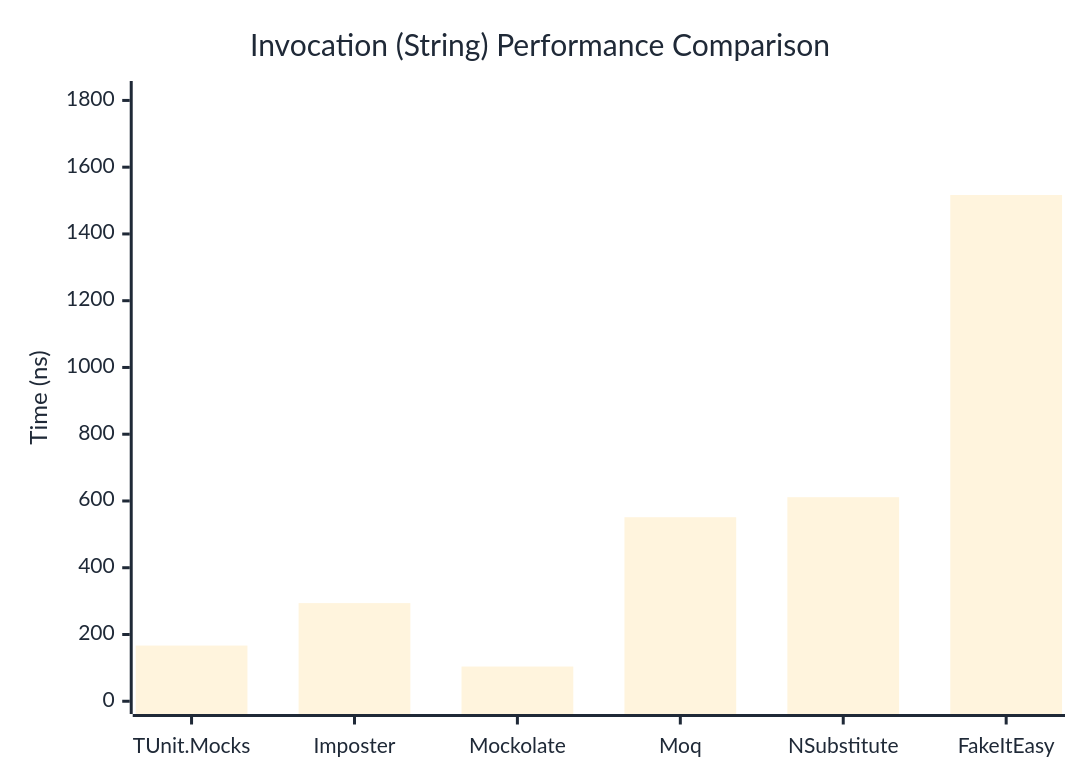
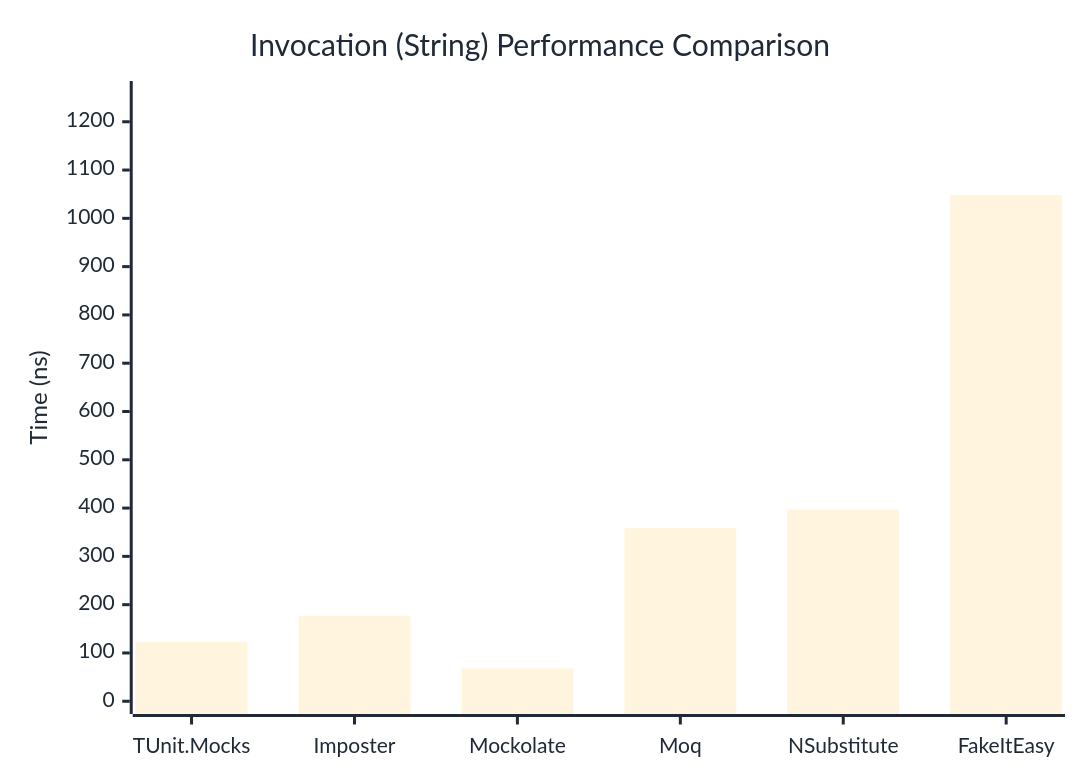
Before and after one commit to thomhurst/TUnit: the second of 3 diagrams in docs/docs/benchmarks/mocks/Invocation.md, drawn with Mermaid. The commit also changed other lines of this file and 14 other files, not shown here.

````diff
--- a/docs/docs/benchmarks/mocks/Invocation.md
+++ b/docs/docs/benchmarks/mocks/Invocation.md
@@ -71,27 +71,27 @@
 ```mermaid
 %%{init: {
   'theme':'base',
   'themeVariables': {
     'primaryColor': '#2563eb',
     'primaryTextColor': '#1f2937',
     'primaryBorderColor': '#1e40af',
     'lineColor': '#6b7280',
     'secondaryColor': '#7c3aed',
     'tertiaryColor': '#dc2626',
     'background': '#ffffff',
     'pie1': '#2563eb',
     'pie2': '#7c3aed',
     'pie3': '#dc2626',
     'pie4': '#f59e0b',
     'pie5': '#10b981',
     'pie6': '#06b6d4',
     'pie7': '#ec4899',
     'pie8': '#6366f1'
   }
 }}%%
 xychart-beta
   title "Invocation (String) Performance Comparison"
   x-axis ["TUnit.Mocks", "Imposter", "Mockolate", "Moq", "NSubstitute", "FakeItEasy"]
-  y-axis "Time (ns)" 0 --> 1820
-  bar [166.8, 294, 104, 551.3, 611.3, 1516.6]
+  y-axis "Time (ns)" 0 --> 1258
+  bar [123.01, 177.3, 67.89, 358.24, 396.85, 1047.97]
 ```
````
